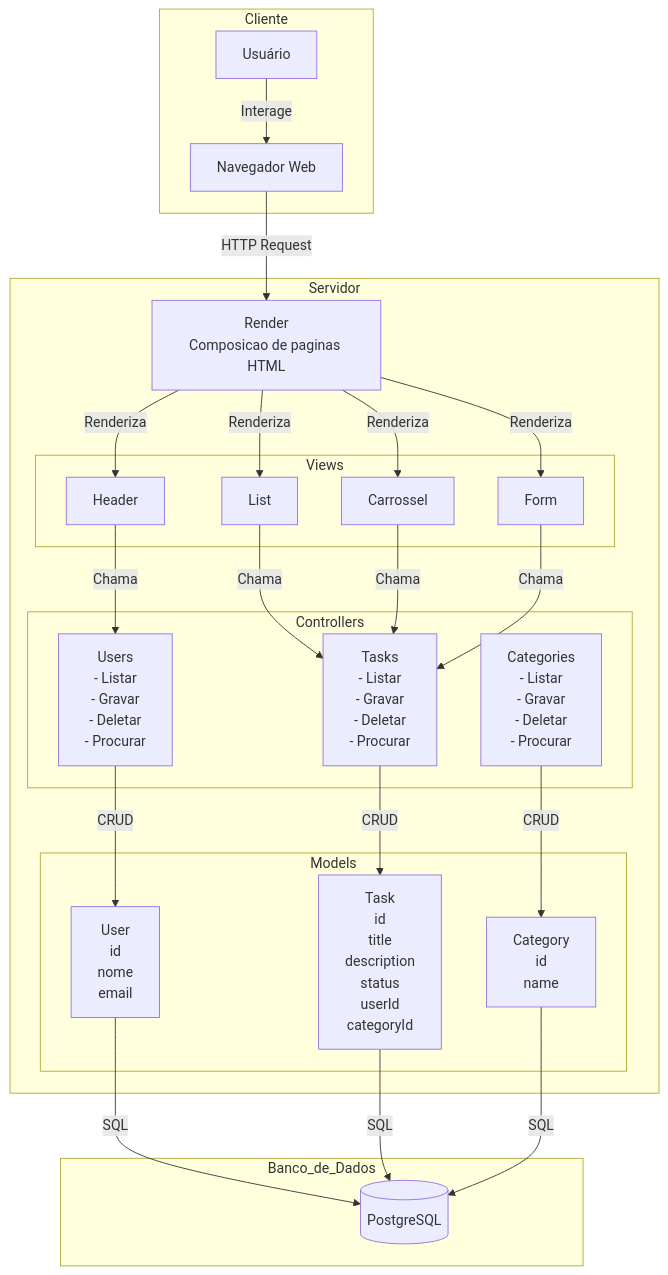
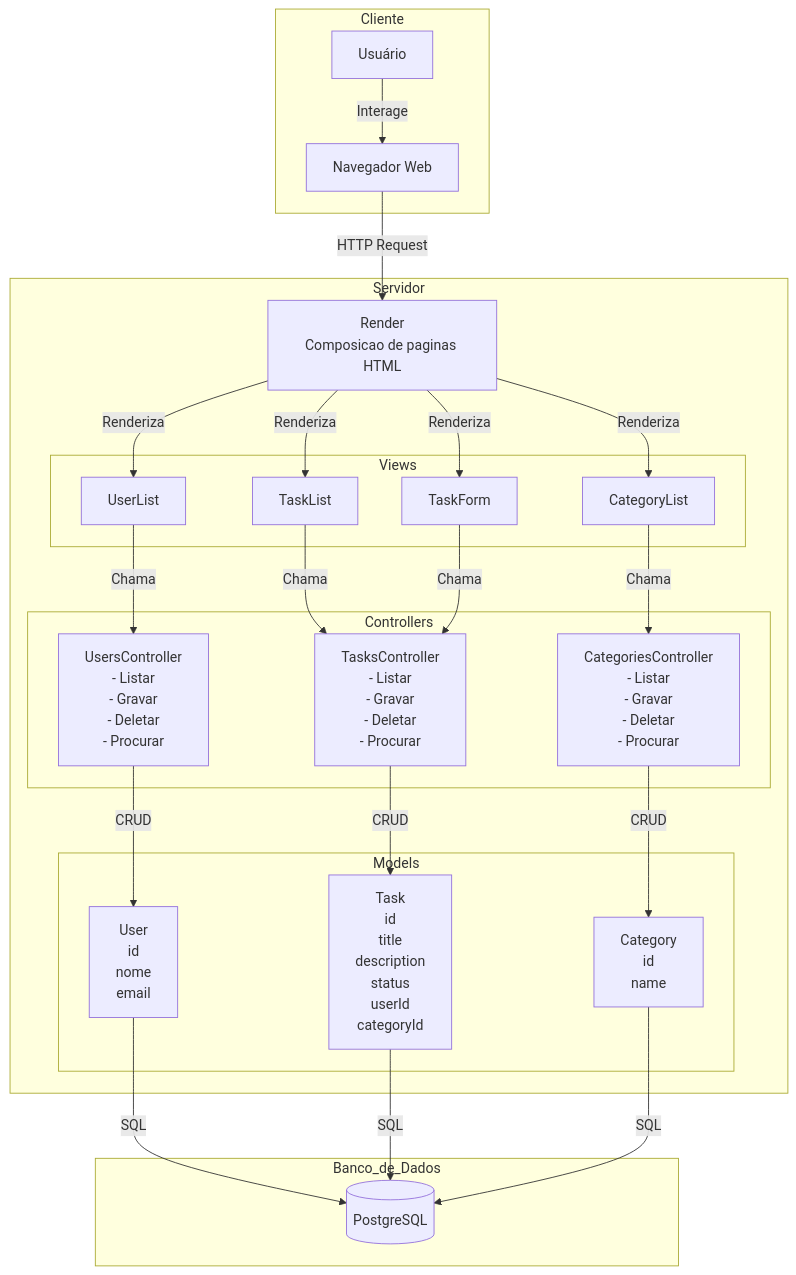
Before and after one commit to B0czar/PM2-YuriBoczar: the diagram in documents/architecture.md, drawn with Mermaid. The commit also changed other lines of this file and 2 other files, not shown here.

Commit message:
docs: update architecture.md with refined component names and improved flowchart labels for better clarity; enhance README with new architecture documentation link

````diff
--- a/documents/architecture.md
+++ b/documents/architecture.md
@@ -3,64 +3,64 @@
 ```mermaid
 flowchart TB
     %% Cliente
     subgraph Cliente
         user[Usuário]
         browser[Navegador Web]
         user -- Interage --> browser
     end
 
     %% Servidor
     subgraph Servidor
-        render[Render\nComposicao de paginas HTML]
+        render[Render<br>Composicao de paginas HTML]
 
         %% Views
         subgraph Views
-            viewList[List]
-            viewHeader[Header]
-            viewCarrossel[Carrossel]
-            viewForm[Form]
+            viewTaskList[TaskList]
+            viewTaskForm[TaskForm]
+            viewUserList[UserList]
+            viewCategoryList[CategoryList]
         end
 
         %% Controllers
         subgraph Controllers
-            ctrlUsers[Users\n- Listar\n- Gravar\n- Deletar\n- Procurar]
-            ctrlTasks[Tasks\n- Listar\n- Gravar\n- Deletar\n- Procurar]
-            ctrlCategories[Categories\n- Listar\n- Gravar\n- Deletar\n- Procurar]
+            ctrlUsers[UsersController<br>- Listar<br>- Gravar<br>- Deletar<br>- Procurar]
+            ctrlTasks[TasksController<br>- Listar<br>- Gravar<br>- Deletar<br>- Procurar]
+            ctrlCategories[CategoriesController<br>- Listar<br>- Gravar<br>- Deletar<br>- Procurar]
         end
 
         %% Models
         subgraph Models
-            modelUser[User\nid\nnome\nemail]
-            modelTask[Task\nid\ntitle\ndescription\nstatus\nuserId\ncategoryId]
-            modelCategory[Category\nid\nname]
+            modelUser[User<br>id<br>nome<br>email]
+            modelTask[Task<br>id<br>title<br>description<br>status<br>userId<br>categoryId]
+            modelCategory[Category<br>id<br>name]
         end
     end
 
     %% Banco de Dados
     subgraph Banco_de_Dados
         db[(PostgreSQL)]
     end
 
     %% Fluxo Cliente -> Servidor
     browser -- HTTP Request --> render
-    render -- Renderiza --> viewList
-    render -- Renderiza --> viewHeader
-    render -- Renderiza --> viewCarrossel
-    render -- Renderiza --> viewForm
+    render -- Renderiza --> viewTaskList
+    render -- Renderiza --> viewTaskForm
+    render -- Renderiza --> viewUserList
+    render -- Renderiza --> viewCategoryList
 
     %% Views -> Controllers
-    viewList -- Chama --> ctrlTasks
-    viewHeader -- Chama --> ctrlUsers
-    viewCarrossel -- Chama --> ctrlTasks
-    viewForm -- Chama --> ctrlTasks
+    viewTaskList -- Chama --> ctrlTasks
+    viewTaskForm -- Chama --> ctrlTasks
+    viewUserList -- Chama --> ctrlUsers
+    viewCategoryList -- Chama --> ctrlCategories
 
     %% Controllers -> Models
     ctrlUsers -- CRUD --> modelUser
     ctrlTasks -- CRUD --> modelTask
     ctrlCategories -- CRUD --> modelCategory
 
     %% Models -> Banco de Dados
     modelUser -- SQL --> db
     modelTask -- SQL --> db
     modelCategory -- SQL --> db
 ```
````
